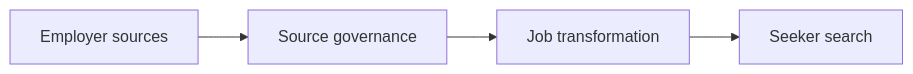
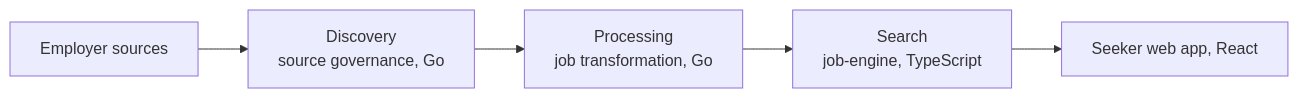
The diagram in README.md (swarajreddy10/swarajreddy10), drawn with Mermaid before and after one commit. The commit also changed other lines of this file, not shown here.

Commit message:
Align the profile with the current record: own the two Go services in SpotMyJob's three-stage pipeline, lead each result with the decision behind it, retire the RRF note, give Osulo its full pipeline and timings, name Claude, Codex, and Cursor, and drop the commit-count stats card.

````diff
--- a/README.md
+++ b/README.md
@@ -21,6 +21,7 @@
 ```mermaid
 flowchart LR
-  A[Employer sources] --> B[Source governance]
-  B --> C[Job transformation]
-  C --> D[Seeker search]
+  A[Employer sources] --> B[Discovery<br/>source governance, Go]
+  B --> C[Processing<br/>job transformation, Go]
+  C --> D[Search<br/>job-engine, TypeScript]
+  D --> E[Seeker web app, React]
 ```
````
